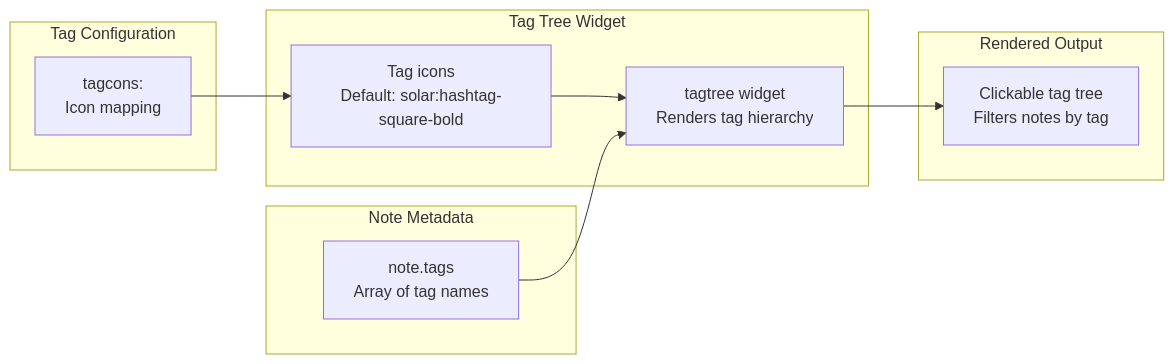
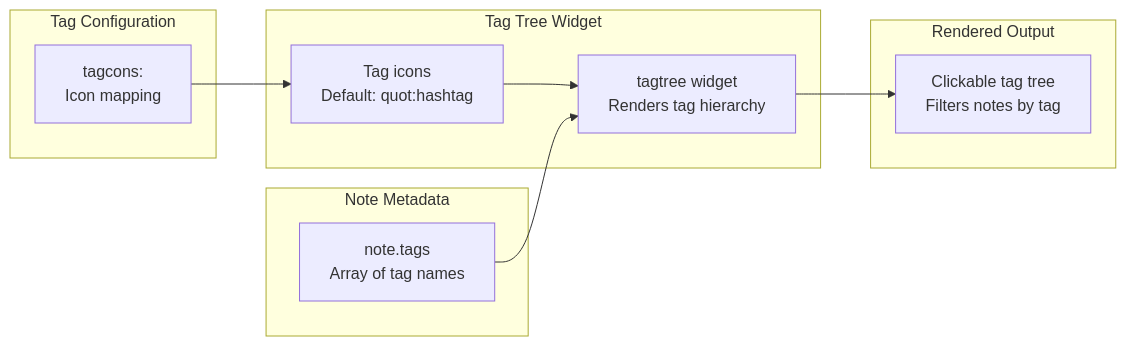
One commit to penndu/hexo changed the third of 7 diagrams in themes/stellar/docs/knowledge/03-内容系统/notebook-system.md. Above: the diagram before and after it, drawn with Mermaid. The commit also changed other lines of this file and 112 other files, not shown here.

````diff
--- a/themes/stellar/docs/knowledge/03-内容系统/notebook-system.md
+++ b/themes/stellar/docs/knowledge/03-内容系统/notebook-system.md
@@ -180,24 +180,24 @@
 ```mermaid
 graph LR
     subgraph "Tag Configuration"
         TAGCONS["tagcons:<br/>Icon mapping"]
     end
     
     subgraph "Tag Tree Widget"
         WIDGET["tagtree widget<br/>Renders tag hierarchy"]
-        ICONS["Tag icons<br/>Default: solar:hashtag-square-bold"]
+        ICONS["Tag icons<br/>Default: quot:hashtag"]
     end
     
     subgraph "Note Metadata"
         TAGS["note.tags<br/>Array of tag names"]
     end
     
     subgraph "Rendered Output"
         TREE["Clickable tag tree<br/>Filters notes by tag"]
     end
     
     TAGCONS --> ICONS
     ICONS --> WIDGET
     TAGS --> WIDGET
     WIDGET --> TREE
 ```
````
